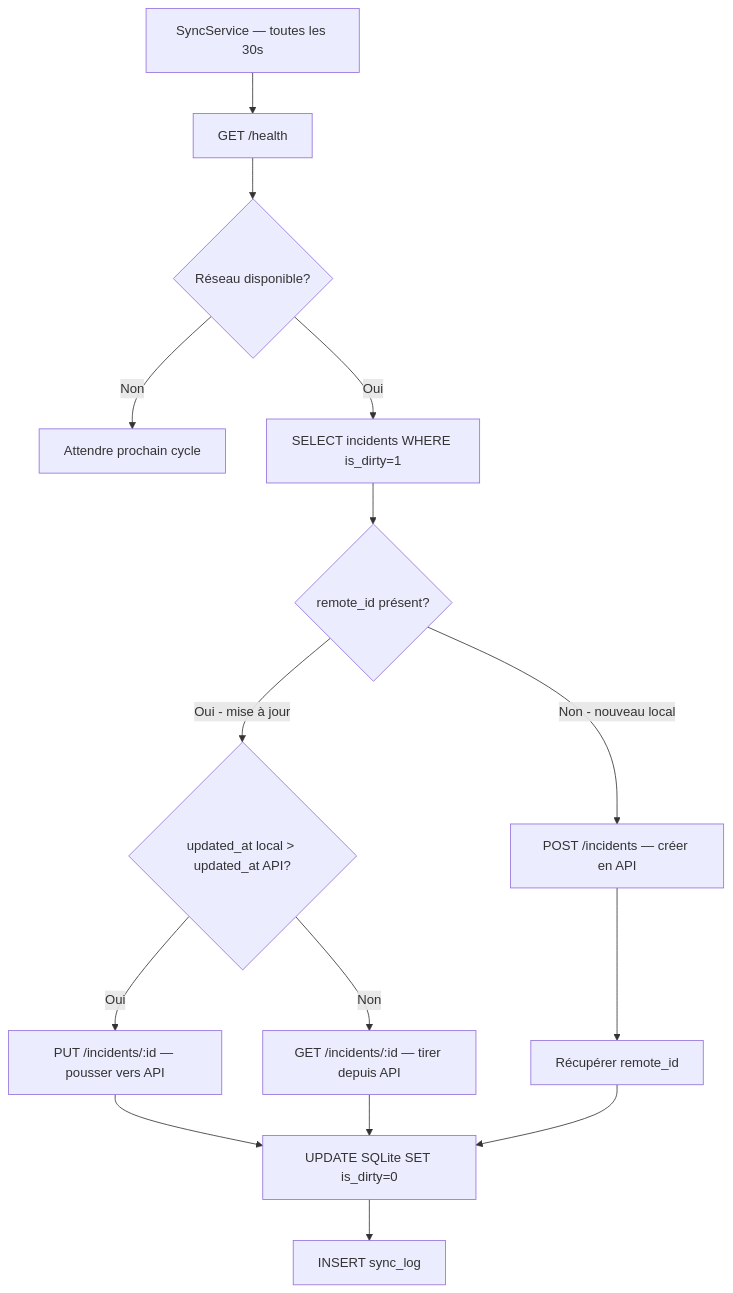
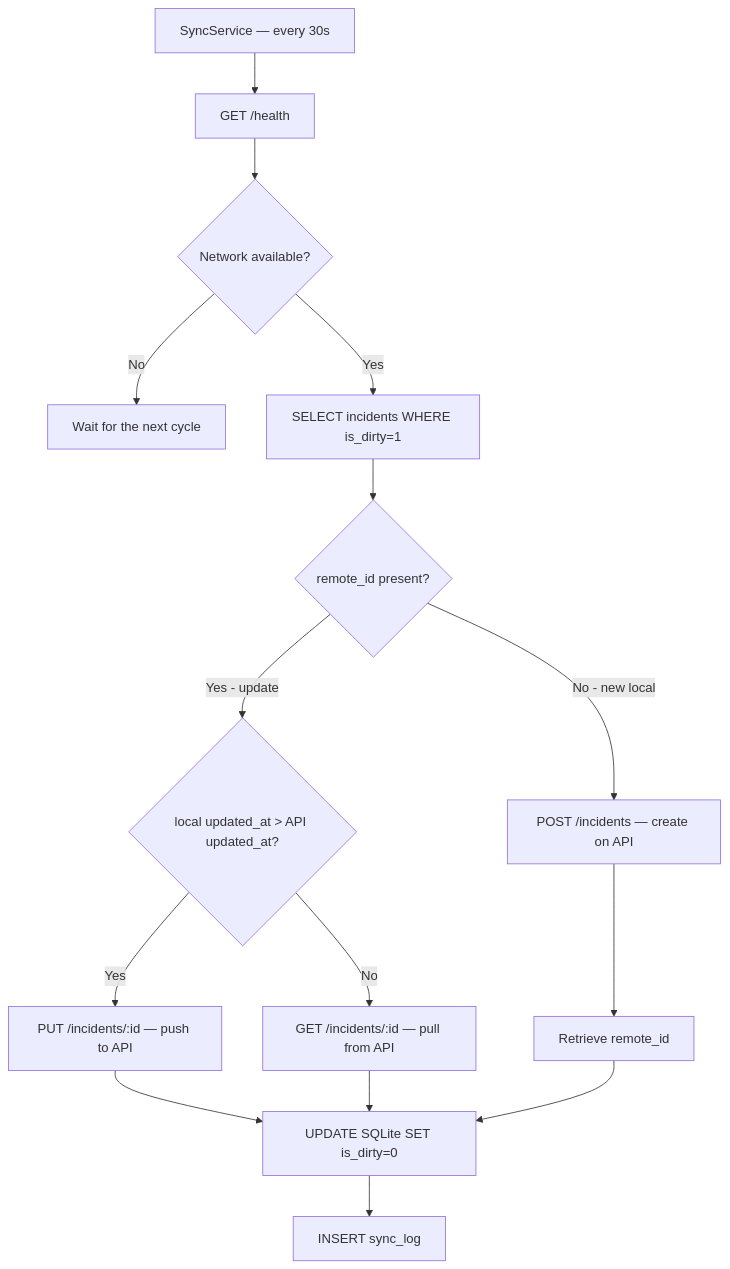
Diagram 13 of 13 in docs/RAPPORT-TECHNIQUE.md (creibaud/QuartierConnect), drawn with Mermaid before and after one commit. The commit also changed other lines of this file and 155 other files, not shown here.

````diff
--- a/docs/RAPPORT-TECHNIQUE.md
+++ b/docs/RAPPORT-TECHNIQUE.md
@@ -819,17 +819,17 @@
 ```mermaid
 flowchart TD
-    A[SyncService — toutes les 30s] --> B[GET /health]
-    B --> C{Réseau disponible?}
-    C -->|Non| D[Attendre prochain cycle]
-    C -->|Oui| E[SELECT incidents WHERE is_dirty=1]
-    E --> F{remote_id présent?}
-    F -->|Non - nouveau local| G[POST /incidents — créer en API]
-    G --> H[Récupérer remote_id]
-    F -->|Oui - mise à jour| I{updated_at local > updated_at API?}
-    I -->|Oui| J[PUT /incidents/:id — pousser vers API]
-    I -->|Non| K[GET /incidents/:id — tirer depuis API]
+    A[SyncService — every 30s] --> B[GET /health]
+    B --> C{Network available?}
+    C -->|No| D[Wait for the next cycle]
+    C -->|Yes| E[SELECT incidents WHERE is_dirty=1]
+    E --> F{remote_id present?}
+    F -->|No - new local| G[POST /incidents — create on API]
+    G --> H[Retrieve remote_id]
+    F -->|Yes - update| I{local updated_at > API updated_at?}
+    I -->|Yes| J[PUT /incidents/:id — push to API]
+    I -->|No| K[GET /incidents/:id — pull from API]
     J --> L[UPDATE SQLite SET is_dirty=0]
     K --> L
     H --> L
     L --> M[INSERT sync_log]
 ```
````
